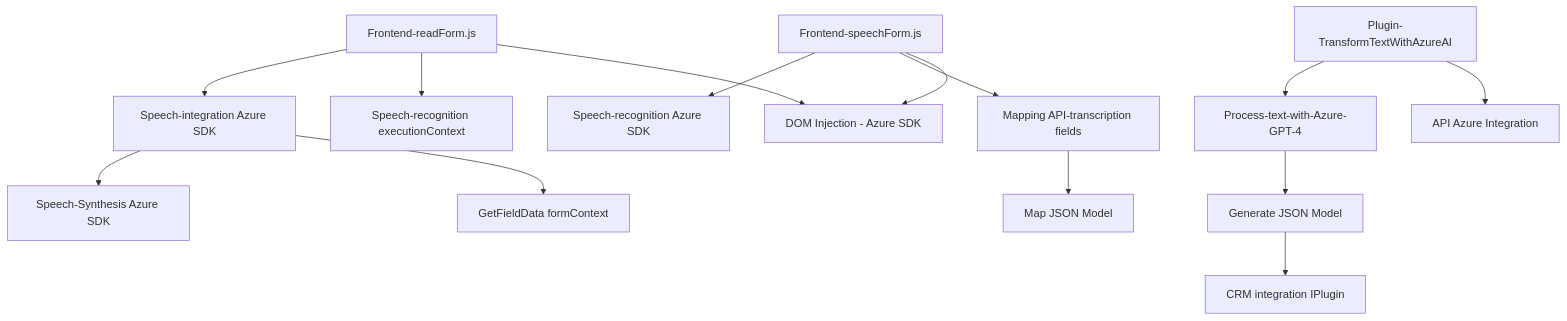
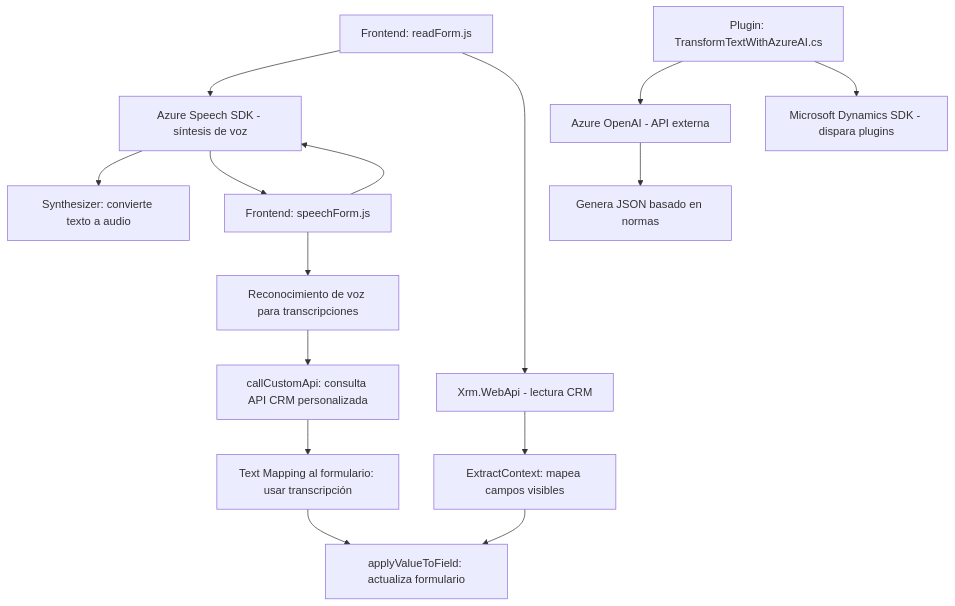
The diagram in README.md (blopezdm/NETCORE_BILBAO2025), drawn with Mermaid before and after one commit. The commit also changed other lines of this file, not shown here.

````diff
--- a/README.md
+++ b/README.md
@@ -48,19 +39,18 @@
 ```mermaid
 graph TD
-    A[Frontend-readForm.js] --> B[Speech-integration Azure SDK]
-    B --> C[Speech-Synthesis Azure SDK]
-    A --> D["Speech-recognition executionContext"]
-    B --> E["GetFieldData formContext"]
+    A["Frontend: readForm.js"] --> B["Azure Speech SDK - síntesis de voz"]
+    A --> C["Xrm.WebApi - lectura CRM"]
+    B --> D["Synthesizer: convierte texto a audio"]
+    C --> E["ExtractContext: mapea campos visibles"]
+    E --> F["applyValueToField: actualiza formulario"]
+    B --> G["Frontend: speechForm.js"]
+    G --> B
+    G --> H["Reconocimiento de voz para transcripciones"]
+    H --> I["callCustomApi: consulta API CRM personalizada"]
+    I --> J["Text Mapping al formulario: usar transcripción"]
+    J --> F
+    K["Plugin: TransformTextWithAzureAI.cs"] --> L["Azure OpenAI - API externa"]
+    L --> M["Genera JSON basado en normas"]
+    K --> N["Microsoft Dynamics SDK - dispara plugins"]
 
-    F[Frontend-speechForm.js] --> G[Speech-recognition Azure SDK]
-    F --> H["Mapping API-transcription fields"]
-    H --> I["Map JSON Model <formContext>"]
-
-    J[Plugin-TransformTextWithAzureAI] --> K[Process-text-with-Azure-GPT-4]
-    K --> L["Generate JSON Model"]
-    L --> M[CRM integration IPlugin]
-
-    A --> N[DOM Injection - Azure SDK]
-    F --> N
-    J --> O[API Azure Integration]
 ```
````
